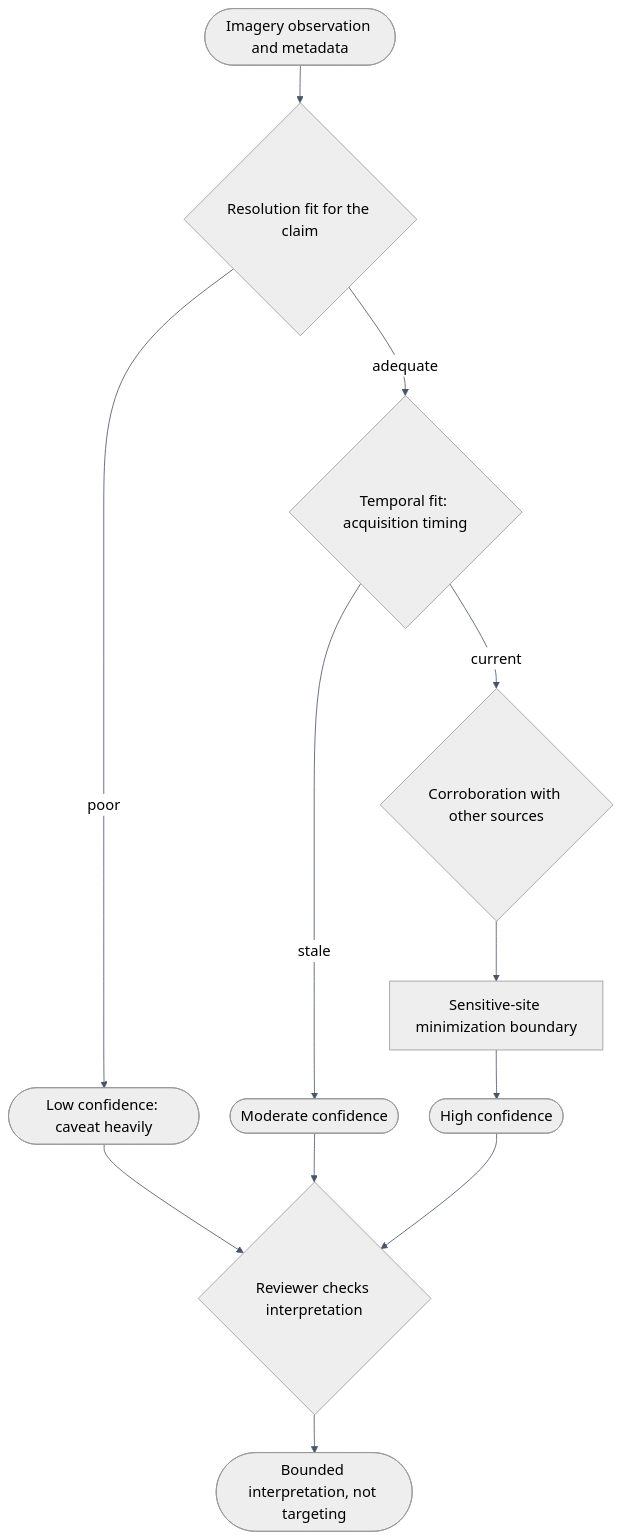
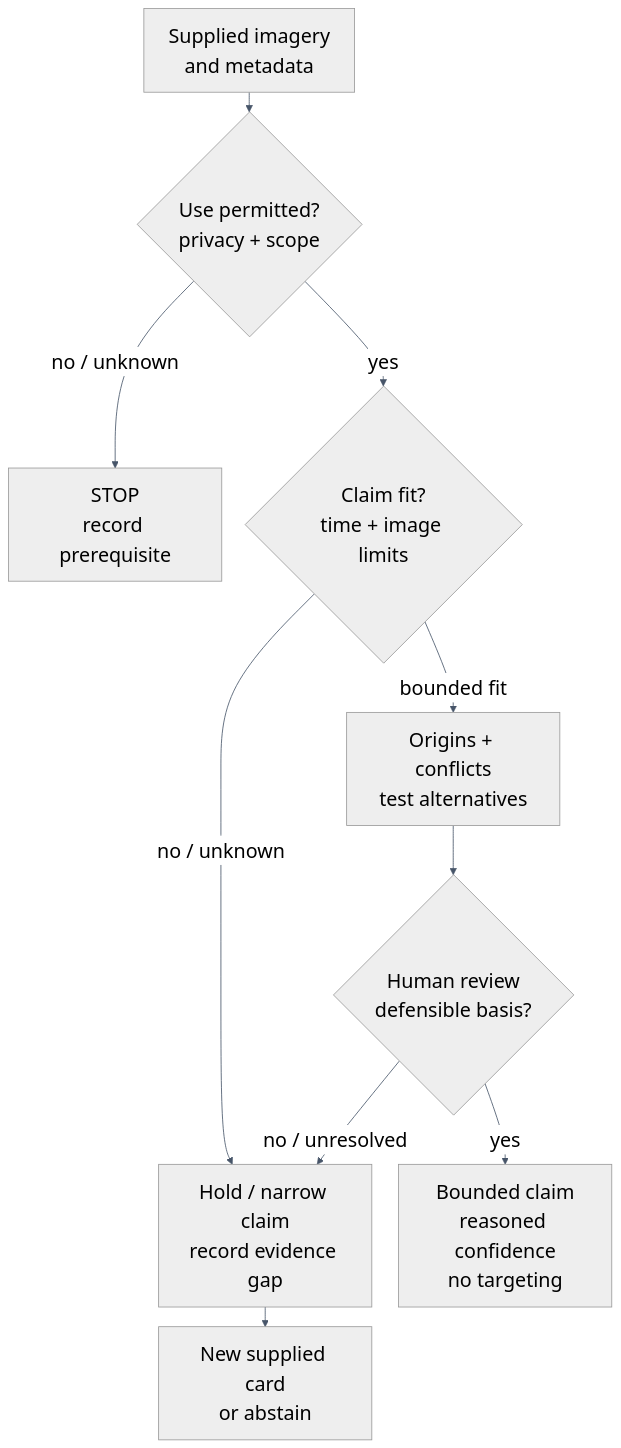
Before and after one commit to docxology/AGEINT: the diagram in output/figures/mermaid/geoint-imagery-confidence-ladder.mmd, drawn with Mermaid. The commit also changed 1158 other files, not shown here.

```diff
--- a/output/figures/mermaid/geoint-imagery-confidence-ladder.mmd
+++ b/output/figures/mermaid/geoint-imagery-confidence-ladder.mmd
@@ -1,23 +1,11 @@
-%%{init: {'theme':'neutral','themeVariables':{'fontSize':'18px','fontFamily':'Arial, sans-serif','primaryColor':'#dbeafe','primaryBorderColor':'#475569','primaryTextColor':'#0f172a','lineColor':'#475569','secondaryColor':'#dcfce7','tertiaryColor':'#fef3c7'},'flowchart':{'htmlLabels':true,'nodeSpacing':38,'rankSpacing':46,'curve':'basis','subGraphTitleMargin':{'top':8,'bottom':12}}}}%%
+%%{init: {"theme":"neutral","themeVariables":{"fontSize":"24px","fontFamily":"Arial, sans-serif","primaryColor":"#dbeafe","primaryBorderColor":"#475569","primaryTextColor":"#0f172a","lineColor":"#475569","secondaryColor":"#dcfce7","tertiaryColor":"#fef3c7"},"flowchart":{"htmlLabels":true,"nodeSpacing":28,"rankSpacing":24,"curve":"basis","subGraphTitleMargin":{"top":8,"bottom":12}}}}%%
 flowchart TB
-  OBS(["Imagery observation and metadata"])
-  RES{"Resolution fit for the claim"}
-  TEMP{"Temporal fit: acquisition timing"}
-  CORR{"Corroboration with other sources"}
-  BOUND["Sensitive-site minimization boundary"]
-  LOW(["Low confidence: caveat heavily"])
-  MOD(["Moderate confidence"])
-  HIGH(["High confidence"])
-  REVIEW{"Reviewer checks interpretation"}
-  INTERP(["Bounded interpretation, not targeting"])
-  OBS --> RES
-  RES -->|"poor"| LOW
-  RES -->|"adequate"| TEMP
-  TEMP -->|"stale"| MOD
-  TEMP -->|"current"| CORR
-  CORR --> BOUND
-  BOUND --> HIGH
-  LOW --> REVIEW
-  MOD --> REVIEW
-  HIGH --> REVIEW
-  REVIEW --> INTERP
+  S["Supplied imagery<br/>and metadata"] --> P{"Use permitted?<br/>privacy + scope"}
+  P -->|"no / unknown"| STOP["STOP<br/>record prerequisite"]
+  P -->|"yes"| FIT{"Claim fit?<br/>time + image limits"}
+  FIT -->|"no / unknown"| HOLD["Hold / narrow claim<br/>record evidence gap"]
+  FIT -->|"bounded fit"| C["Origins + conflicts<br/>test alternatives"]
+  C --> R{"Human review<br/>defensible basis?"}
+  R -->|"no / unresolved"| HOLD
+  R -->|"yes"| OUT["Bounded claim<br/>reasoned confidence<br/>no targeting"]
+  HOLD --> FIX["New supplied card<br/>or abstain"]
```
